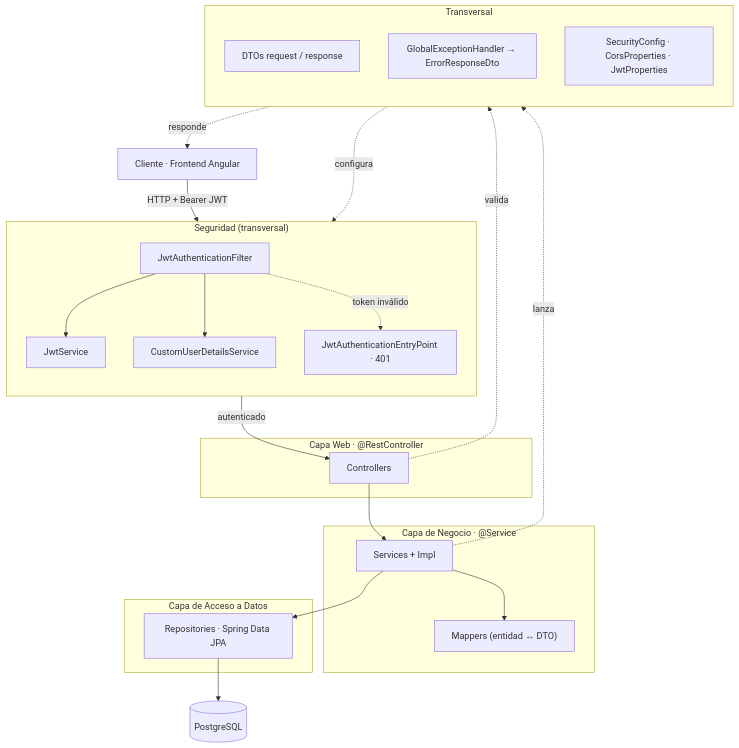
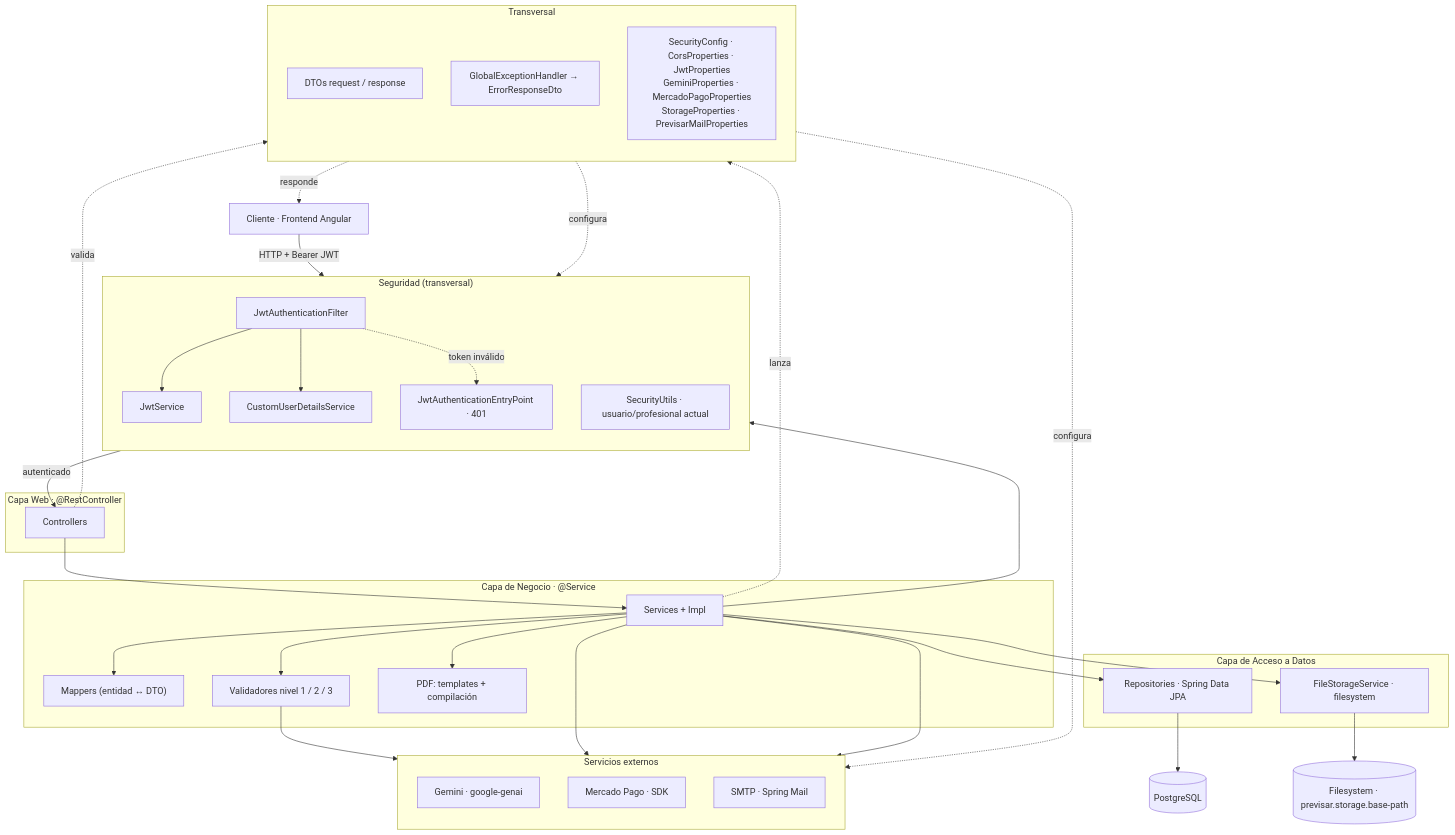
The third of 11 diagrams in docs/diagramas.md (sofiacirioni/TFI-PreVisar), drawn with Mermaid before and after one commit. The commit also changed other lines of this file and 77 other files, not shown here.

````diff
--- a/docs/diagramas.md
+++ b/docs/diagramas.md
@@ -261,49 +425,70 @@
 ```mermaid
 flowchart TB
     Client["Cliente · Frontend Angular"]
 
     subgraph SEC["Seguridad (transversal)"]
         direction TB
         Filter["JwtAuthenticationFilter"]
         JwtSvc["JwtService"]
         UDS["CustomUserDetailsService"]
         Entry["JwtAuthenticationEntryPoint · 401"]
+        Utils["SecurityUtils · usuario/profesional actual"]
     end
 
     subgraph WEB["Capa Web · @RestController"]
         Ctrl["Controllers"]
     end
 
     subgraph APP["Capa de Negocio · @Service"]
         Svc["Services + Impl"]
         Map["Mappers (entidad ↔ DTO)"]
+        Val["Validadores nivel 1 / 2 / 3"]
+        Pdf["PDF: templates + compilación"]
     end
 
     subgraph DATA["Capa de Acceso a Datos"]
         Repo["Repositories · Spring Data JPA"]
+        Store["FileStorageService · filesystem"]
     end
 
     DB[("PostgreSQL")]
+    FS[("Filesystem · previsar.storage.base-path")]
+
+    subgraph EXT["Servicios externos"]
+        direction TB
+        Gem["Gemini · google-genai"]
+        MP["Mercado Pago · SDK"]
+        Mail["SMTP · Spring Mail"]
+    end
 
     subgraph CROSS["Transversal"]
         direction TB
         DTO["DTOs request / response"]
         Exc["GlobalExceptionHandler → ErrorResponseDto"]
-        Cfg["SecurityConfig · CorsProperties · JwtProperties"]
+        Cfg["SecurityConfig · CorsProperties · JwtProperties<br/>GeminiProperties · MercadoPagoProperties<br/>StorageProperties · PrevisarMailProperties"]
     end
 
     Client -->|HTTP + Bearer JWT| Filter
     Filter --> JwtSvc
     Filter --> UDS
     Filter -. token inválido .-> Entry
     Filter -->|autenticado| Ctrl
     Ctrl --> Svc
+    Svc --> Utils
     Svc --> Map
+    Svc --> Val
+    Svc --> Pdf
     Svc --> Repo
+    Svc --> Store
     Repo --> DB
+    Store --> FS
+    Val --> Gem
+    Svc --> MP
+    Svc --> Mail
 
     Ctrl -. valida .-> DTO
     Svc -. lanza .-> Exc
     Exc -. responde .-> Client
     Cfg -. configura .-> Filter
+    Cfg -. configura .-> EXT
 ```
````
